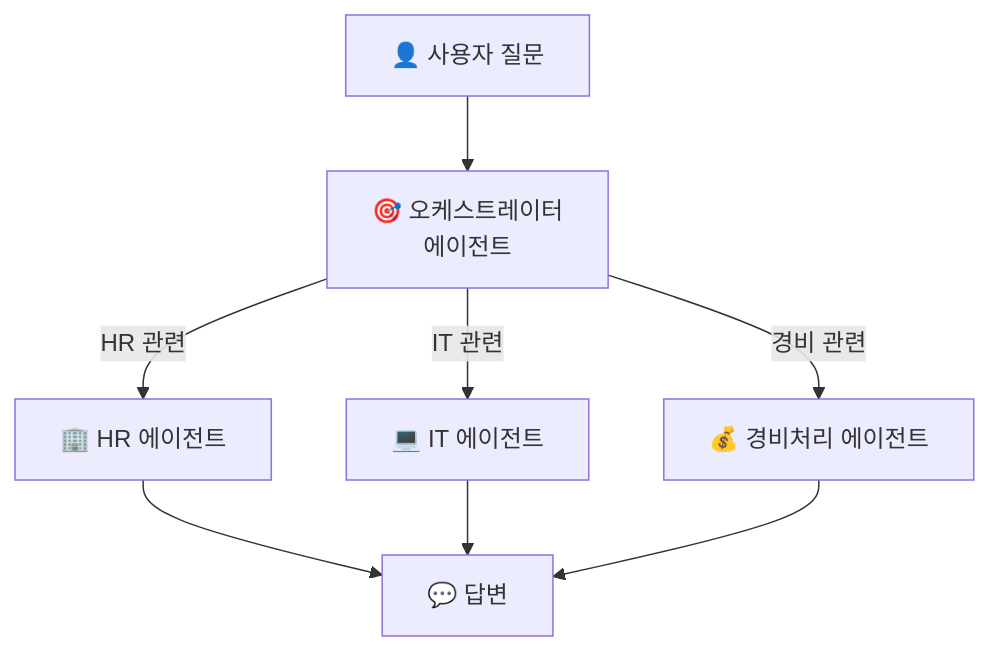
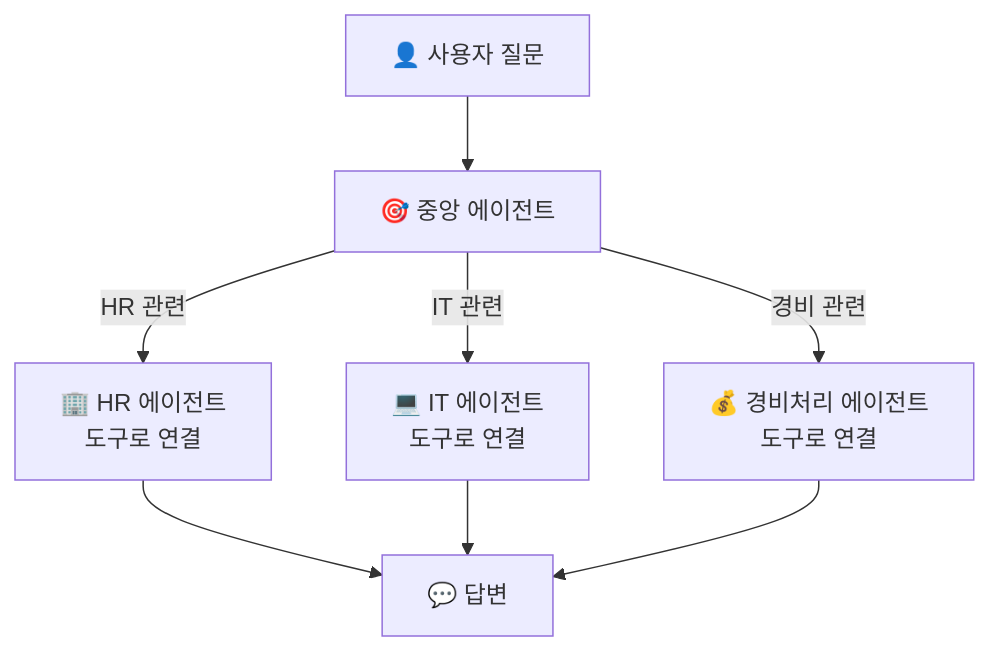
The first of 3 diagrams in docs/m12-future-vision.md (microsoft/easycopilotlab), drawn with Mermaid before and after one commit. The commit also changed other lines of this file and 3 other files, not shown here.

````diff
--- a/docs/m12-future-vision.md
+++ b/docs/m12-future-vision.md
@@ -42,10 +45,10 @@
 ```mermaid
 graph TD
-    A[👤 사용자 질문] --> B[🎯 오케스트레이터<br>에이전트]
-    B -->|HR 관련| C[🏢 HR 에이전트]
-    B -->|IT 관련| D[💻 IT 에이전트]
-    B -->|경비 관련| E[💰 경비처리 에이전트]
+    A[👤 사용자 질문] --> B[🎯 중앙 에이전트]
+    B -->|HR 관련| C[🏢 HR 에이전트<br>도구로 연결]
+    B -->|IT 관련| D[💻 IT 에이전트<br>도구로 연결]
+    B -->|경비 관련| E[💰 경비처리 에이전트<br>도구로 연결]
     C --> F[💬 답변]
     D --> F
     E --> F
 ```
````
